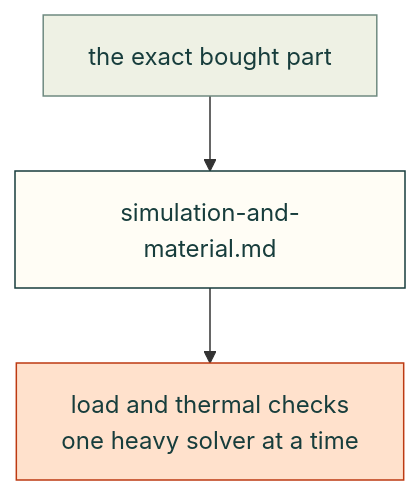
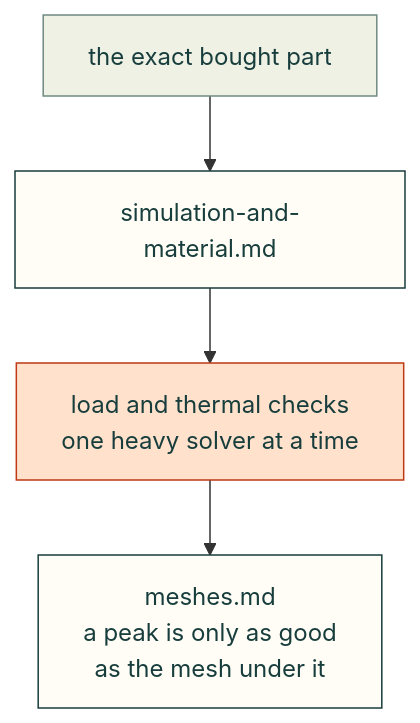
The diagram in lessons/simulation/README.md (Valpatel/cad-agent), drawn with Mermaid before and after one commit. The commit also changed other lines of this file and 7 other files, not shown here.

First line of the commit message:
FEA meshing docs: toolkit section with a real convergence chart, a lesson on meshes, changelog (#144)

````diff
--- a/lessons/simulation/README.md
+++ b/lessons/simulation/README.md
@@ -5,11 +5,12 @@
 ```mermaid
 flowchart TD
     B["the exact bought part"] --> S["simulation-and-material.md"]
     S --> C["load and thermal checks<br/>one heavy solver at a time"]
+    C --> M["meshes.md<br/>a peak is only as good<br/>as the mesh under it"]
     classDef here fill:#fffdf5,stroke:#173d3c,color:#173d3c
     classDef near fill:#eef1e4,stroke:#6f8a80,color:#173d3c
     classDef out fill:#ffe1cc,stroke:#bd3a12,color:#173d3c
-    class S here
+    class S,M here
     class B near
     class C out
 ```
````
